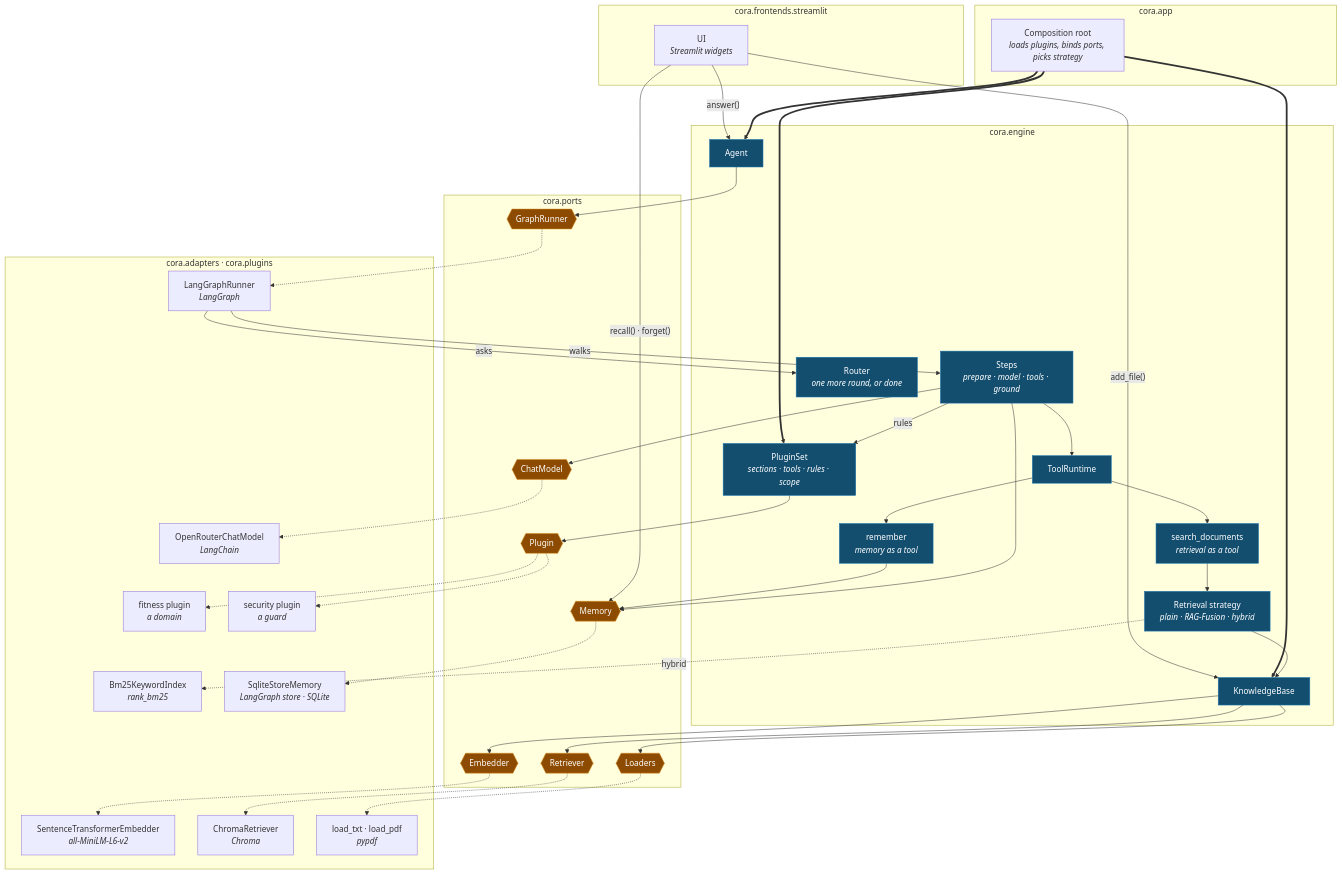
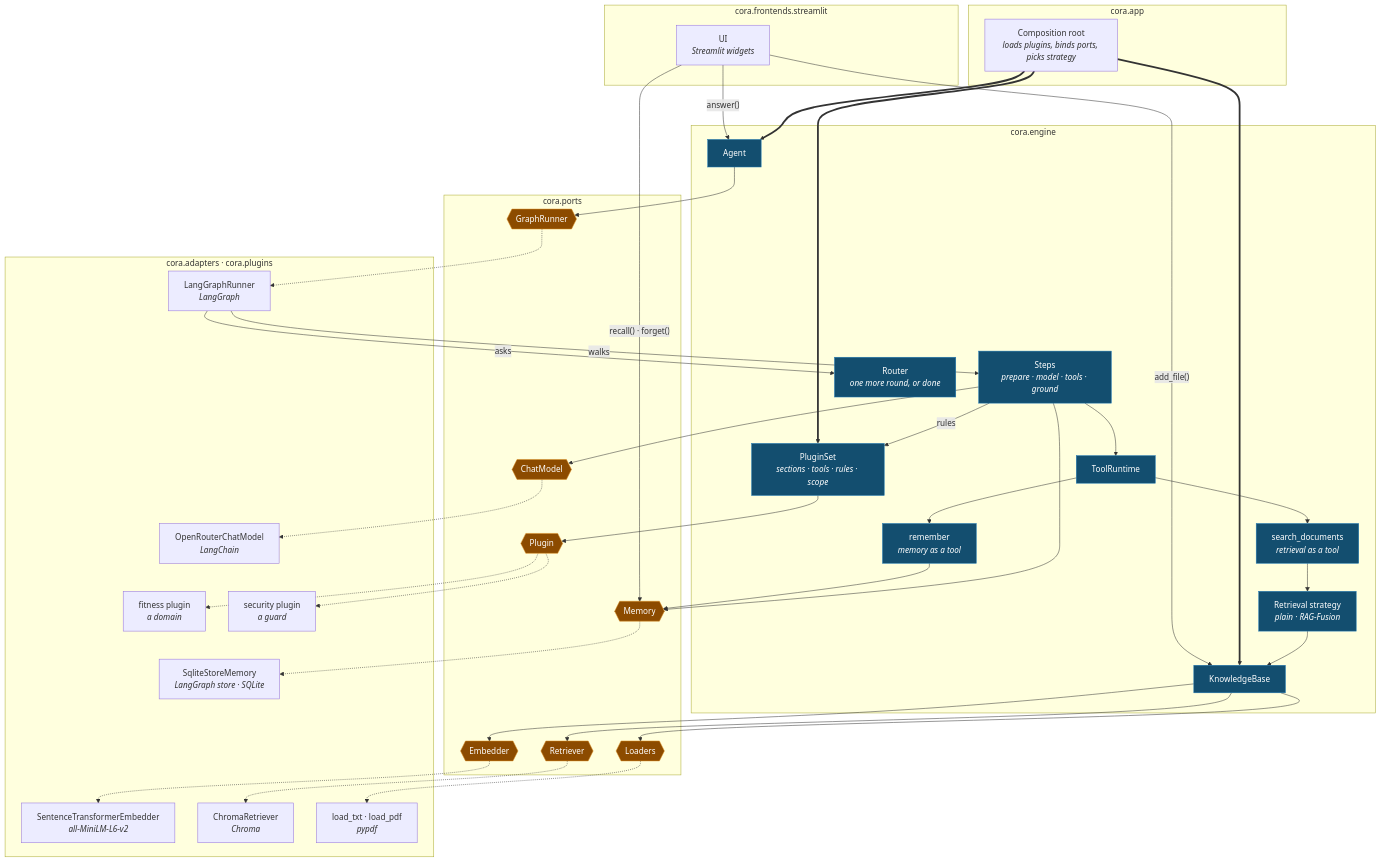
Before and after one commit to aschog/cora: the first of 2 diagrams in docs/big-picture.md, drawn with Mermaid. The commit also changed other lines of this file and 191 other files, not shown here.

````diff
--- a/docs/big-picture.md
+++ b/docs/big-picture.md
@@ -10,82 +10,80 @@
 ```mermaid
 %%{init: {"flowchart": {"nodeSpacing": 45, "rankSpacing": 55, "curve": "basis"}}}%%
 flowchart TB
   subgraph shell["cora.frontends.streamlit"]
     ui["UI<br/><i>Streamlit widgets</i>"]
   end
 
   subgraph wiring["cora.app"]
     root["Composition root<br/><i>loads plugins, binds ports, picks strategy</i>"]
   end
 
   subgraph core["cora.engine"]
     agent["Agent"]
     steps["Steps<br/><i>prepare · model · tools · ground</i>"]
     router["Router<br/><i>one more round, or done</i>"]
     pset["PluginSet<br/><i>sections · tools · rules · scope</i>"]
     rt["ToolRuntime"]
     search["search_documents<br/><i>retrieval as a tool</i>"]
     remember["remember<br/><i>memory as a tool</i>"]
-    retr["Retrieval strategy<br/><i>plain · RAG-Fusion · hybrid</i>"]
+    retr["Retrieval strategy<br/><i>plain · RAG-Fusion</i>"]
     kb["KnowledgeBase"]
   end
 
   subgraph seam["cora.ports"]
     gr{{"GraphRunner"}}
     cm{{"ChatModel"}}
     emb{{"Embedder"}}
     ret{{"Retriever"}}
     load{{"Loaders"}}
     mem{{"Memory"}}
     plug{{"Plugin"}}
   end
 
   subgraph infra["cora.adapters · cora.plugins"]
     lg["LangGraphRunner<br/><i>LangGraph</i>"]
     orc["OpenRouterChatModel<br/><i>LangChain</i>"]
     ste["SentenceTransformerEmbedder<br/><i>all-MiniLM-L6-v2</i>"]
     chroma["ChromaRetriever<br/><i>Chroma</i>"]
-    bm25["Bm25KeywordIndex<br/><i>rank_bm25</i>"]
     load_reg["load_txt · load_pdf<br/><i>pypdf</i>"]
     store["SqliteStoreMemory<br/><i>LangGraph store · SQLite</i>"]
     fit["fitness plugin<br/><i>a domain</i>"]
     sec["security plugin<br/><i>a guard</i>"]
   end
 
   ui -->|"answer()"| agent
   ui -->|"add_file()"| kb
   ui -->|"recall() · forget()"| mem
   root ==> agent
   root ==> kb
   root ==> pset
   pset --> plug
   agent --> gr
   lg -->|"walks"| steps
   lg -->|"asks"| router
   steps --> cm
   steps -->|"rules"| pset
   steps --> rt
   rt --> search
   rt --> remember
   remember --> mem
   steps --> mem
   search --> retr
   retr --> kb
   kb --> emb
   kb --> ret
   kb --> load
-  retr -.->|"hybrid"| bm25
   gr -.-> lg
   cm -.-> orc
   emb -.-> ste
   ret -.-> chroma
   load -.-> load_reg
   mem -.-> store
   plug -.-> fit
   plug -.-> sec
 
   classDef port fill:#8c4b00,stroke:#d98a1f,color:#fff;
   classDef logic fill:#134e6f,stroke:#1f78b4,color:#fff;
   class gr,cm,emb,ret,load,mem,plug port;
   class agent,steps,router,pset,rt,search,remember,retr,kb logic;
 ```
````
